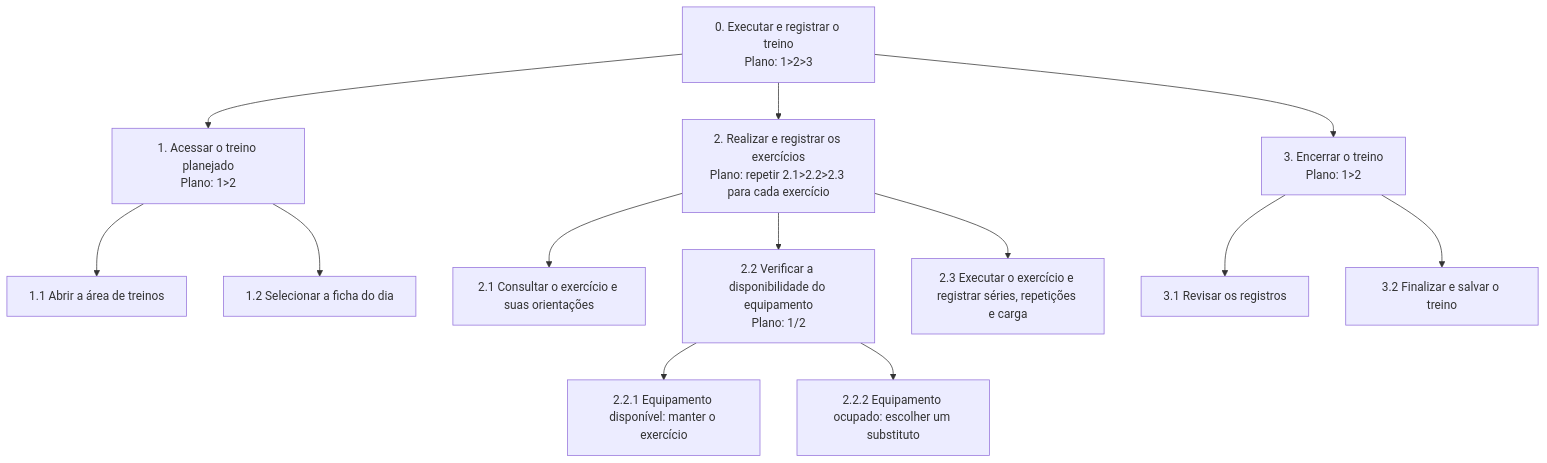
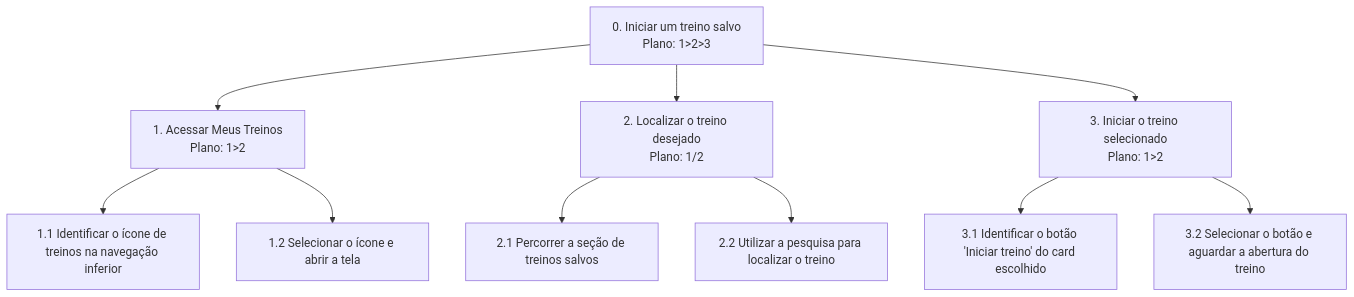
Before and after one commit to viniciusssjbk/Projeto-Experi-ncia-do-Usu-rio: the diagram in docs/6_analise_tarefas.md, drawn with Mermaid. The commit also changed other lines of this file, not shown here.

````diff
--- a/docs/6_analise_tarefas.md
+++ b/docs/6_analise_tarefas.md
@@ -14,18 +11,15 @@
 ```mermaid
 graph TD
-    A["0. Executar e registrar o treino<br/>Plano: 1>2>3"]
-    A --> B["1. Acessar o treino planejado<br/>Plano: 1>2"]
-    B --> B1["1.1 Abrir a área de treinos"]
-    B --> B2["1.2 Selecionar a ficha do dia"]
+    A["0. Iniciar um treino salvo<br/>Plano: 1>2>3"]
+    A --> B["1. Acessar Meus Treinos<br/>Plano: 1>2"]
+    B --> B1["1.1 Identificar o ícone de treinos na navegação inferior"]
+    B --> B2["1.2 Selecionar o ícone e abrir a tela"]
 
-    A --> C["2. Realizar e registrar os exercícios<br/>Plano: repetir 2.1>2.2>2.3 para cada exercício"]
-    C --> C1["2.1 Consultar o exercício e suas orientações"]
-    C --> C2["2.2 Verificar a disponibilidade do equipamento<br/>Plano: 1/2"]
-    C2 --> C2a["2.2.1 Equipamento disponível: manter o exercício"]
-    C2 --> C2b["2.2.2 Equipamento ocupado: escolher um substituto"]
-    C --> C3["2.3 Executar o exercício e registrar séries, repetições e carga"]
+    A --> C["2. Localizar o treino desejado<br/>Plano: 1/2"]
+    C --> C1["2.1 Percorrer a seção de treinos salvos"]
+    C --> C2["2.2 Utilizar a pesquisa para localizar o treino"]
 
-    A --> D["3. Encerrar o treino<br/>Plano: 1>2"]
-    D --> D1["3.1 Revisar os registros"]
-    D --> D2["3.2 Finalizar e salvar o treino"]
+    A --> D["3. Iniciar o treino selecionado<br/>Plano: 1>2"]
+    D --> D1["3.1 Identificar o botão 'Iniciar treino' do card escolhido"]
+    D --> D2["3.2 Selecionar o botão e aguardar a abertura do treino"]
 ```
````
